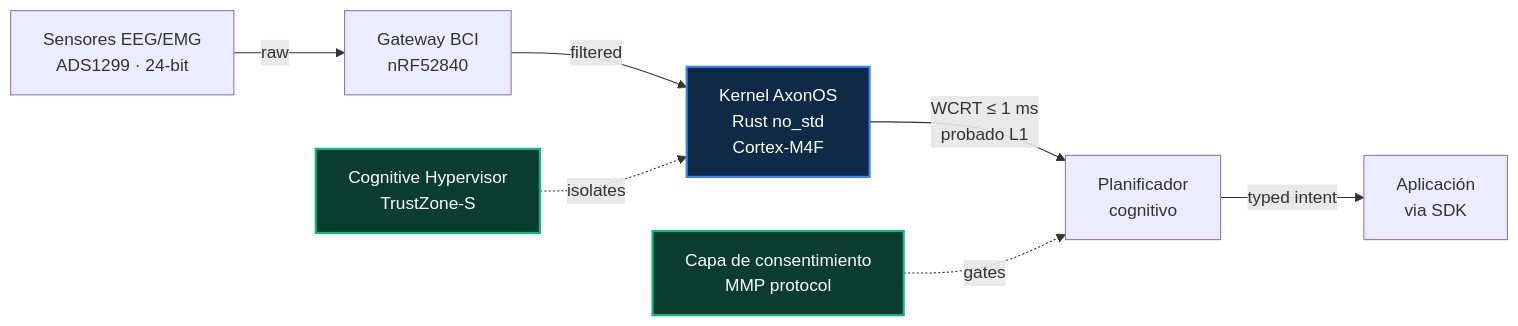
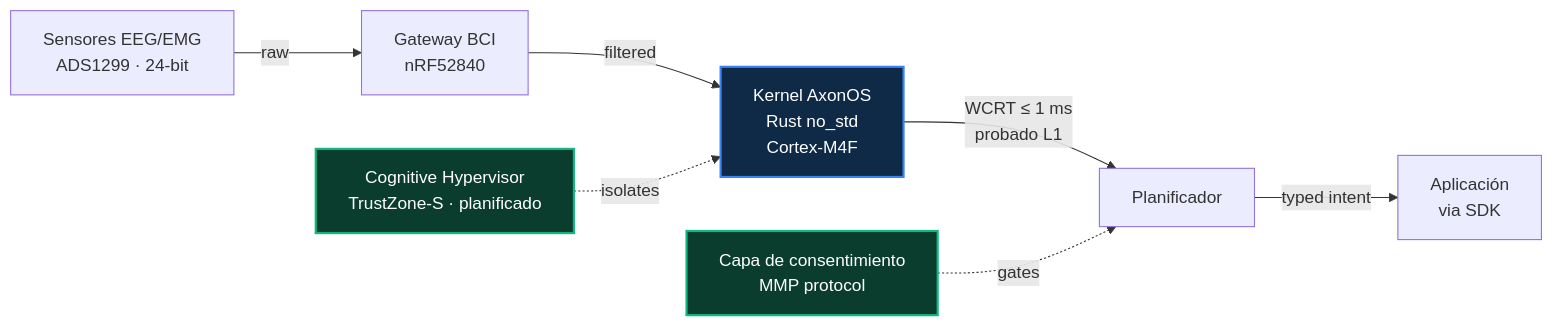
One commit to AxonOS-org/.github changed the diagram in profile/README.es.md. Above: the diagram before and after it, drawn with Mermaid. The commit also changed other lines of this file and 16 other files, not shown here.

````diff
--- a/profile/README.es.md
+++ b/profile/README.es.md
@@ -121,14 +124,14 @@
 ```mermaid
 flowchart LR
     A[Sensores EEG/EMG<br/>ADS1299 · 24-bit] -->|raw| B[Gateway BCI<br/>nRF52840]
     B -->|filtered| C[Kernel AxonOS<br/>Rust no_std<br/>Cortex-M4F]
-    C -->|"WCRT ≤ 1 ms<br/>probado L1"| D[Planificador<br/>cognitivo]
+    C -->|"WCRT ≤ 1 ms<br/>probado L1"| D[Planificador]
     D -->|typed intent| E[Aplicación<br/>via SDK]
-    F[Cognitive Hypervisor<br/>TrustZone-S] -.->|isolates| C
+    F[Cognitive Hypervisor<br/>TrustZone-S · planificado] -.->|isolates| C
     G[Capa de consentimiento<br/>MMP protocol] -.->|gates| D
 
     classDef kernel fill:#0e2a47,stroke:#3b82f6,color:#fff,stroke-width:2px
     classDef secure fill:#0a3d2e,stroke:#10b981,color:#fff,stroke-width:2px
     class C kernel
     class F,G secure
 ```
````
